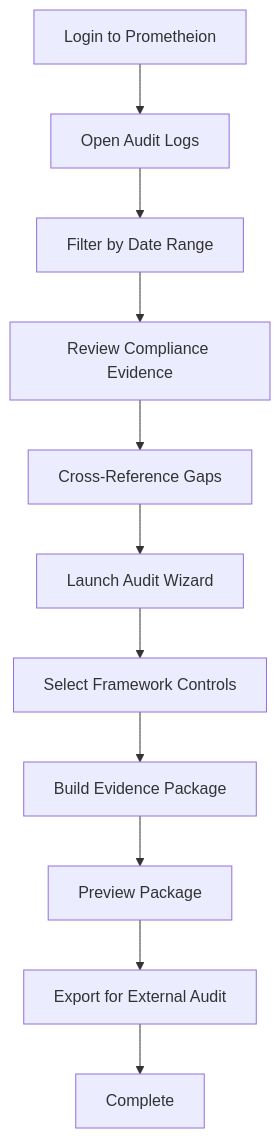
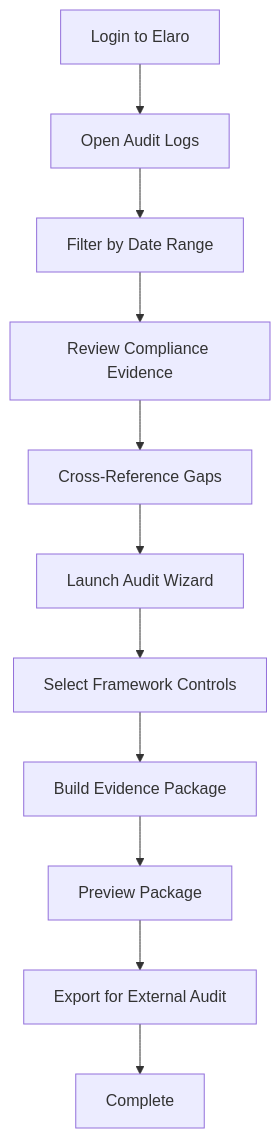
One commit to derickporter1993/Solentra---Prometheion changed the fourth of 9 diagrams in docs/UI_UX_DESIGN.md. Above: the diagram before and after it, drawn with Mermaid. The commit also changed other lines of this file and 973 other files, not shown here.

First line of the commit message:
refactor: Rename Prometheion to Elaro across entire codebase

````diff
--- a/docs/UI_UX_DESIGN.md
+++ b/docs/UI_UX_DESIGN.md
@@ -386,13 +386,13 @@
 ```mermaid
 graph TD
-    START[Login to Prometheion] --> AUDIT[Open Audit Logs]
+    START[Login to Elaro] --> AUDIT[Open Audit Logs]
     AUDIT --> FILTER[Filter by Date Range]
     FILTER --> EVIDENCE[Review Compliance Evidence]
     EVIDENCE --> GAPS[Cross-Reference Gaps]
     GAPS --> WIZARD[Launch Audit Wizard]
     WIZARD --> SELECT[Select Framework Controls]
     SELECT --> PACKAGE[Build Evidence Package]
     PACKAGE --> PREVIEW[Preview Package]
     PREVIEW --> EXPORT[Export for External Audit]
     EXPORT --> END[Complete]
 ```
````
